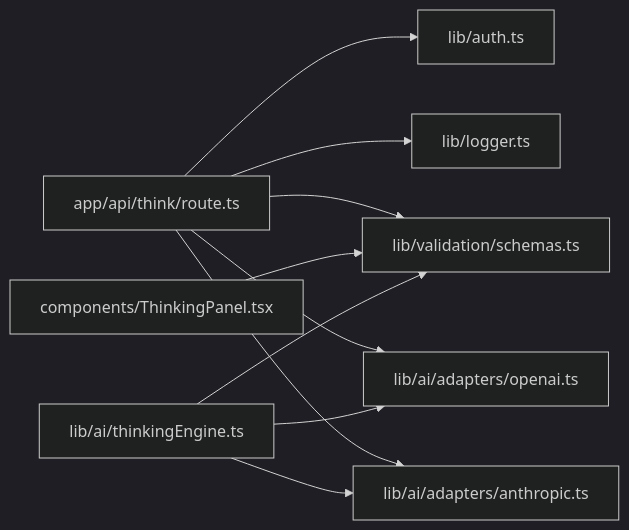
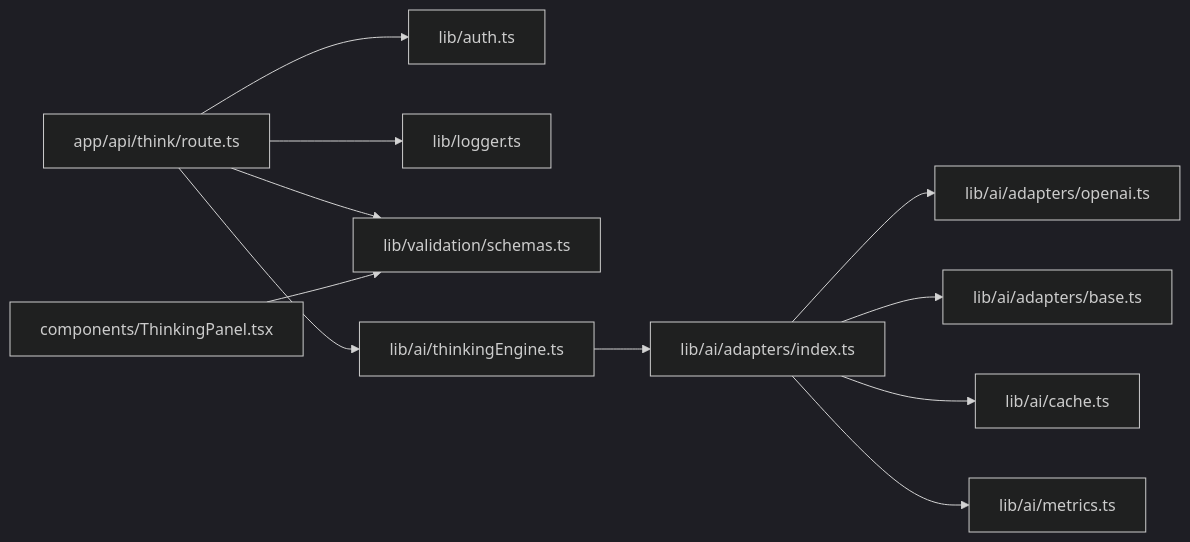
One commit to shekhargiri005-dotcom/AI-powered-accessibility-first-UI-engine changed the seventh of 7 diagrams in .qoder/repowiki/en/content/Thinking Engine.md. Above: the diagram before and after it, drawn with Mermaid (dark theme). The commit also changed other lines of this file and 10 other files, not shown here.

````diff
--- a/.qoder/repowiki/en/content/Thinking Engine.md
+++ b/.qoder/repowiki/en/content/Thinking Engine.md
@@ -398,12 +417,13 @@
 ```mermaid
 graph LR
 API["app/api/think/route.ts"] --> AUTH["lib/auth.ts"]
 API --> LOG["lib/logger.ts"]
 API --> SCHEMAS["lib/validation/schemas.ts"]
-API --> OA["lib/ai/adapters/openai.ts"]
-API --> AC["lib/ai/adapters/anthropic.ts"]
+API --> THINK["lib/ai/thinkingEngine.ts"]
+THINK --> ADAPTERS["lib/ai/adapters/index.ts"]
+ADAPTERS --> OPENAI["lib/ai/adapters/openai.ts"]
+ADAPTERS --> BASE["lib/ai/adapters/base.ts"]
+ADAPTERS --> CACHE["lib/ai/cache.ts"]
+ADAPTERS --> METRICS["lib/ai/metrics.ts"]
 TP["components/ThinkingPanel.tsx"] --> SCHEMAS
-THINK["lib/ai/thinkingEngine.ts"] --> SCHEMAS
-THINK --> OA
-THINK --> AC
 ```
````
